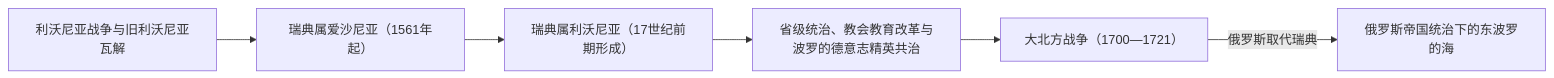
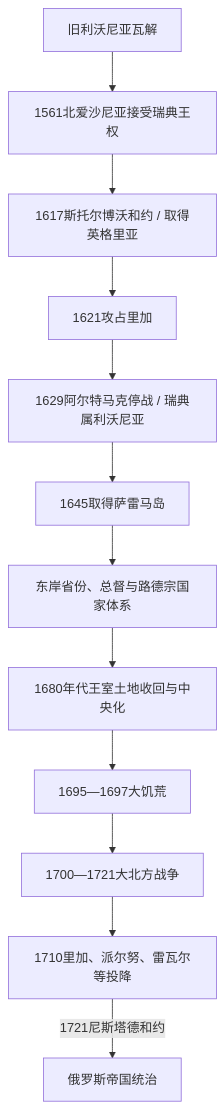
One commit to tianlan-dev/learning-notes changed the diagram in 人文科学/历史/欧洲/波罗的海/瑞典统治下的东波罗的海.md. Above: the diagram before and after it, drawn with Mermaid. The commit also changed other lines of this file and 1417 other files, not shown here.

````diff
--- a/人文科学/历史/欧洲/波罗的海/瑞典统治下的东波罗的海.md
+++ b/人文科学/历史/欧洲/波罗的海/瑞典统治下的东波罗的海.md
@@ -21,8 +25,14 @@
 ```mermaid
-flowchart LR
-    LivonianWar["利沃尼亚战争与旧利沃尼亚瓦解"] --> SwedishEstonia["瑞典属爱沙尼亚（1561年起）"]
-    SwedishEstonia --> SwedishLivonia["瑞典属利沃尼亚（17世纪前期形成）"]
-    SwedishLivonia --> Reforms["省级统治、教会教育改革与波罗的德意志精英共治"]
-    Reforms --> GreatNorthernWar["大北方战争（1700—1721）"]
-    GreatNorthernWar -->|俄罗斯取代瑞典| RussianBaltic["俄罗斯帝国统治下的东波罗的海"]
+flowchart TD
+    Collapse["旧利沃尼亚瓦解"] --> Estonia1561["1561北爱沙尼亚接受瑞典王权"]
+    Estonia1561 --> Ingria1617["1617斯托尔博沃和约 / 取得英格里亚"]
+    Ingria1617 --> Riga1621["1621攻占里加"]
+    Riga1621 --> Altmark1629["1629阿尔特马克停战 / 瑞典属利沃尼亚"]
+    Altmark1629 --> Saaremaa1645["1645取得萨雷马岛"]
+    Saaremaa1645 --> BalticEmpire["东岸省份、总督与路德宗国家体系"]
+    BalticEmpire --> Reduction["1680年代王室土地收回与中央化"]
+    Reduction --> Famine["1695—1697大饥荒"]
+    Famine --> GreatNorthernWar["1700—1721大北方战争"]
+    GreatNorthernWar --> Capitulation["1710里加、派尔努、雷瓦尔等投降"]
+    Capitulation -->|1721尼斯塔德和约| RussianRule["俄罗斯帝国统治"]
 ```
````
